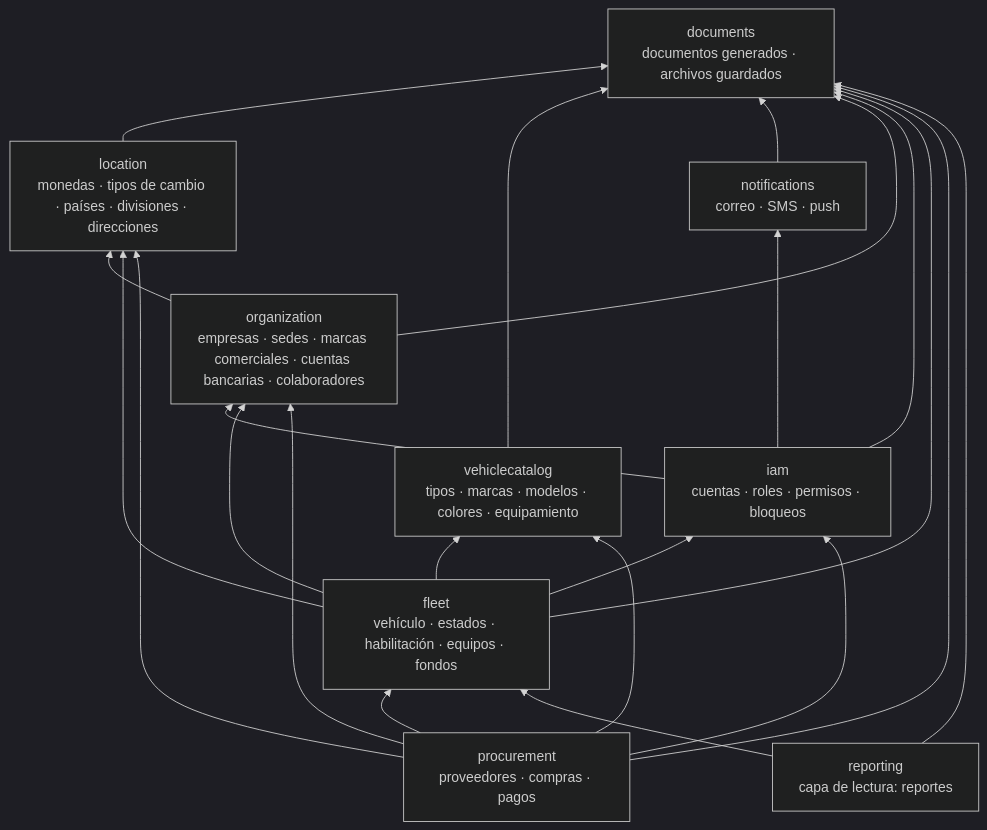
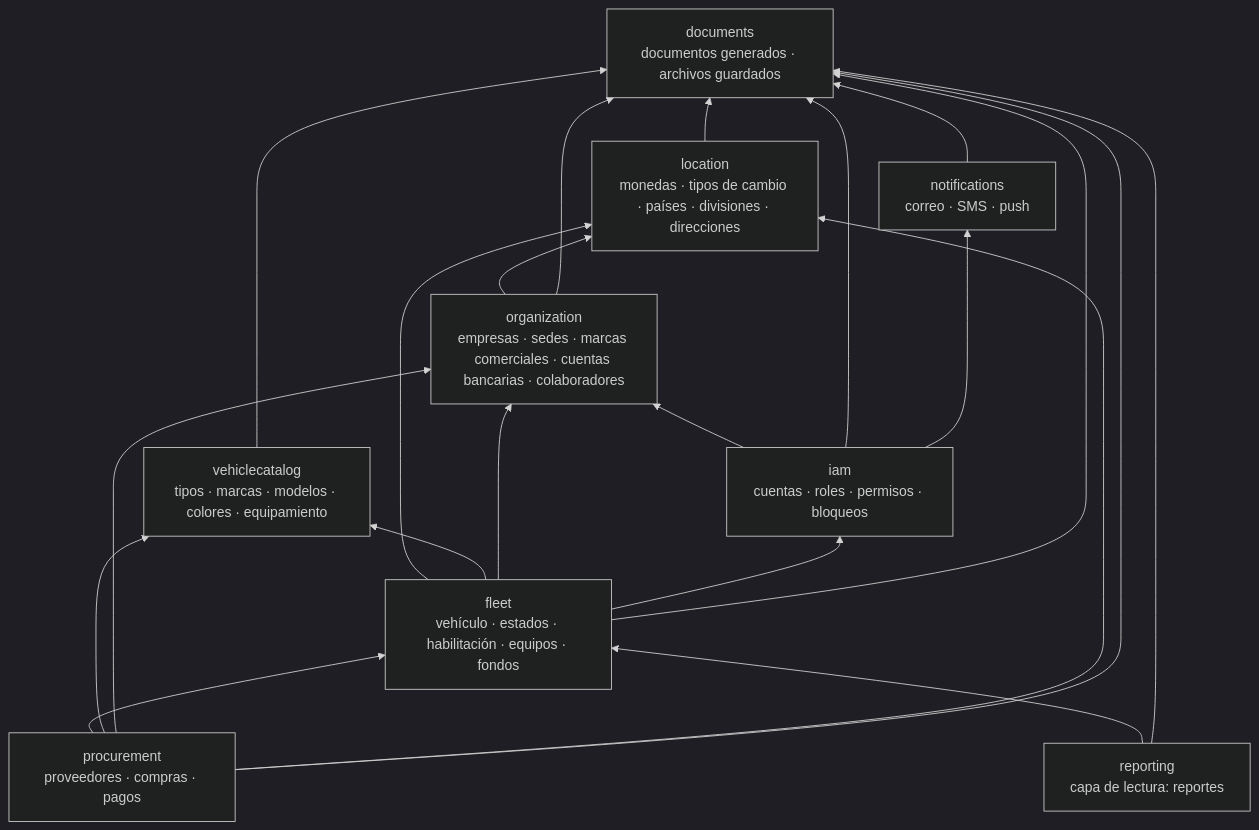
Before and after one commit to erp-millennium-mobility-sac/erp-millennium-mobility-documentation: the diagram in mapa-de-contextos-millennium-mobility.md, drawn with Mermaid (dark theme).

Commit message:
docs(contexts): the diagram of the current map no longer draws procurement depending on iam (phase 0, decision 9)

````diff
--- a/mapa-de-contextos-millennium-mobility.md
+++ b/mapa-de-contextos-millennium-mobility.md
@@ -96,34 +96,33 @@
 ```mermaid
 flowchart BT
   docs["documents<br/>documentos generados · archivos guardados"]
   notif["notifications<br/>correo · SMS · push"]
   location["location<br/>monedas · tipos de cambio · países · divisiones · direcciones"]
   catalog["vehiclecatalog<br/>tipos · marcas · modelos · colores · equipamiento"]
   org["organization<br/>empresas · sedes · marcas comerciales · cuentas bancarias · colaboradores"]
   iam["iam<br/>cuentas · roles · permisos · bloqueos"]
   fleet["fleet<br/>vehículo · estados · habilitación · equipos · fondos"]
   proc["procurement<br/>proveedores · compras · pagos"]
   reporting["reporting<br/>capa de lectura: reportes"]
 
   location --> docs
   catalog --> docs
   notif --> docs
   org --> location
   org --> docs
   iam --> org
   iam --> docs
   iam --> notif
   fleet --> location
   fleet --> catalog
   fleet --> org
   fleet --> iam
   fleet --> docs
   proc --> fleet
   proc --> catalog
   proc --> org
   proc --> location
-  proc --> iam
   proc --> docs
   reporting --> fleet
   reporting --> docs
 ```
````
